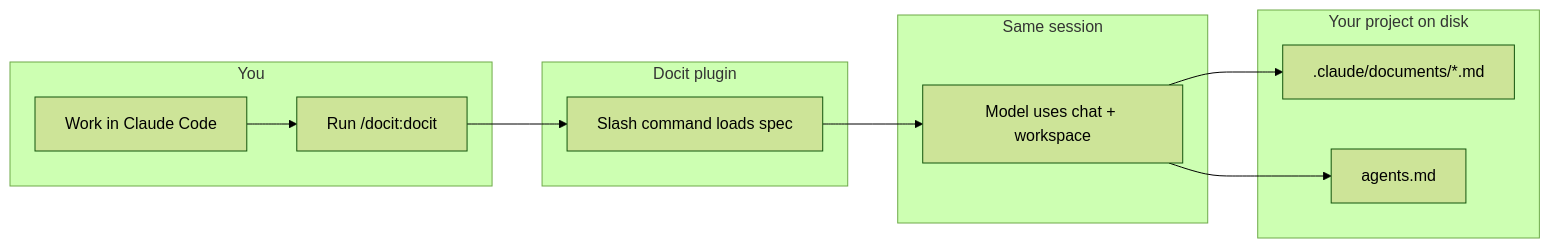
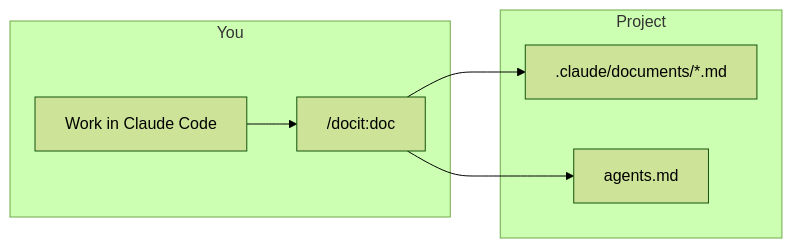
One commit to yash0208/claude-docit-plugin changed the first of 2 diagrams in README.md. Above: the diagram before and after it, drawn with Mermaid (forest theme). The commit also changed other lines of this file and 8 other files, not shown here.

````diff
--- a/README.md
+++ b/README.md
@@ -68,22 +77,13 @@
 ```mermaid
 flowchart LR
   subgraph you["You"]
     A[Work in Claude Code]
-    B["Run /docit:docit"]
+    B["/docit:doc"]
   end
-  subgraph plugin["Docit plugin"]
-    C[Slash command loads spec]
-  end
-  subgraph same["Same session"]
-    D[Model uses chat + workspace]
-  end
-  subgraph repo["Your project on disk"]
+  subgraph out["Project"]
     E[".claude/documents/*.md"]
     F["agents.md"]
   end
-  A --> B
-  B --> C
-  C --> D
-  D --> E
-  D --> F
+  A --> B --> E
+  B --> F
 ```
````
